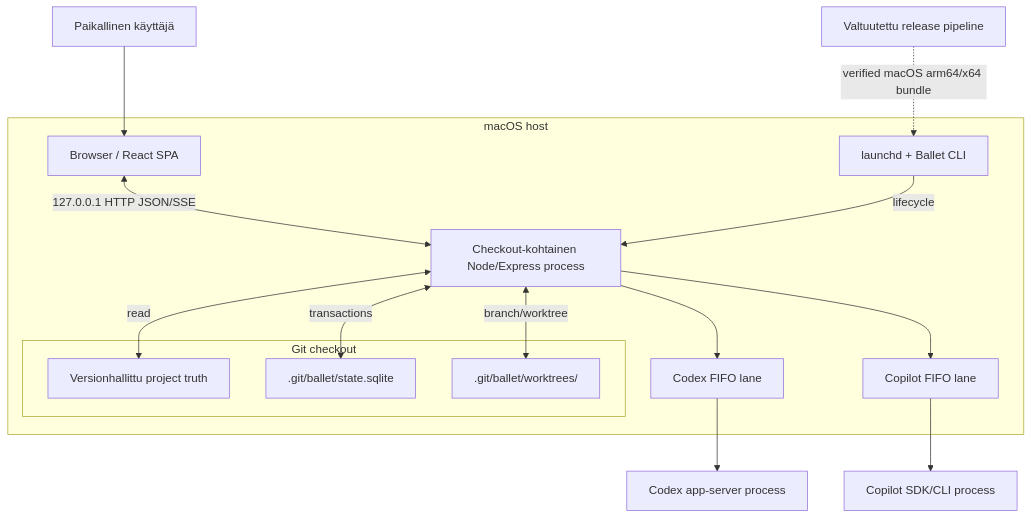
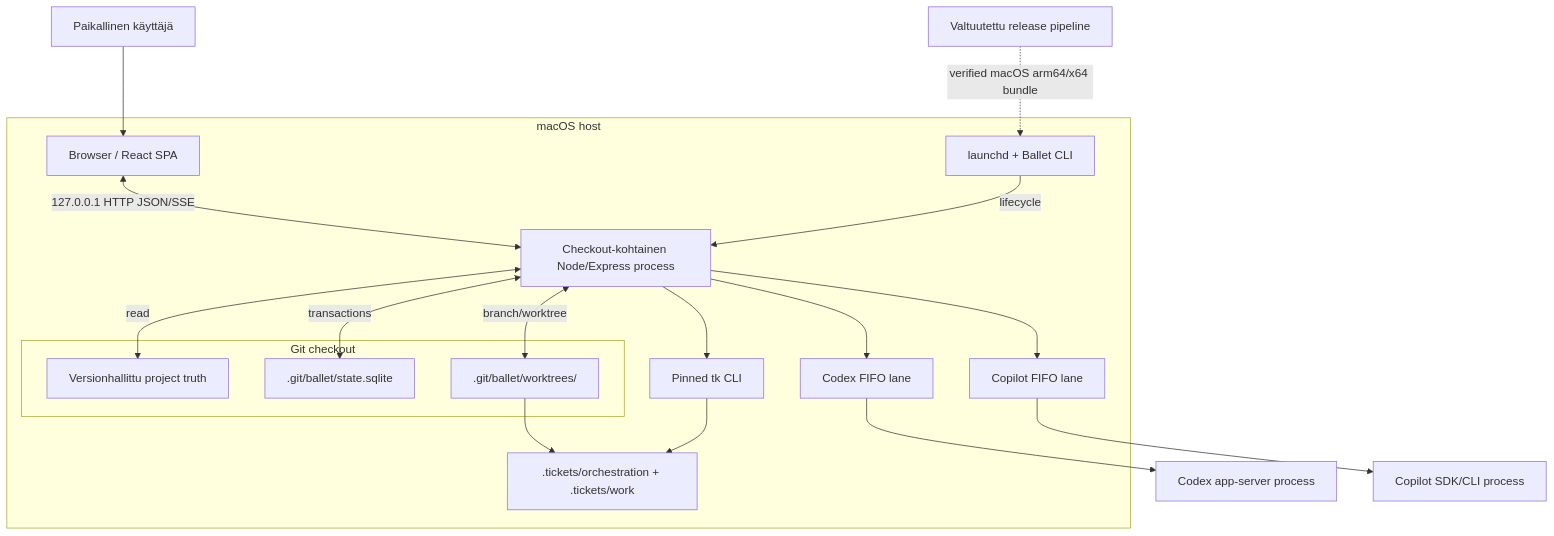
One commit to isinisalo/ballet changed the diagram in .ballet/arc42/07-deployment-view.md. Above: the diagram before and after it, drawn with Mermaid. The commit also changed other lines of this file and 204 other files, not shown here.

Commit message:
graph engineering

````diff
--- a/.ballet/arc42/07-deployment-view.md
+++ b/.ballet/arc42/07-deployment-view.md
@@ -26,21 +26,24 @@
 ```mermaid
 flowchart TB
   user["Paikallinen käyttäjä"] --> browser["Browser / React SPA"]
   subgraph mac["macOS host"]
     browser <-->|"127.0.0.1 HTTP JSON/SSE"| service["Checkout-kohtainen Node/Express process"]
     launchd["launchd + Ballet CLI"] -->|"lifecycle"| service
     subgraph checkout["Git checkout"]
       project["Versionhallittu project truth"]
       db[".git/ballet/state.sqlite"]
       runs[".git/ballet/worktrees/<root-run-id>"]
     end
     service <-->|"read"| project
     service <-->|"transactions"| db
     service <-->|"branch/worktree"| runs
     service --> lane1["Codex FIFO lane"]
     service --> lane2["Copilot FIFO lane"]
+    service --> tk["Pinned tk CLI"]
+    runs --> stores[".tickets/orchestration + .tickets/work"]
+    tk --> stores
   end
   lane1 --> codex["Codex app-server process"]
   lane2 --> copilot["Copilot SDK/CLI process"]
   release["Valtuutettu release pipeline"] -.->|"verified macOS arm64/x64 bundle"| launchd
 ```
````
